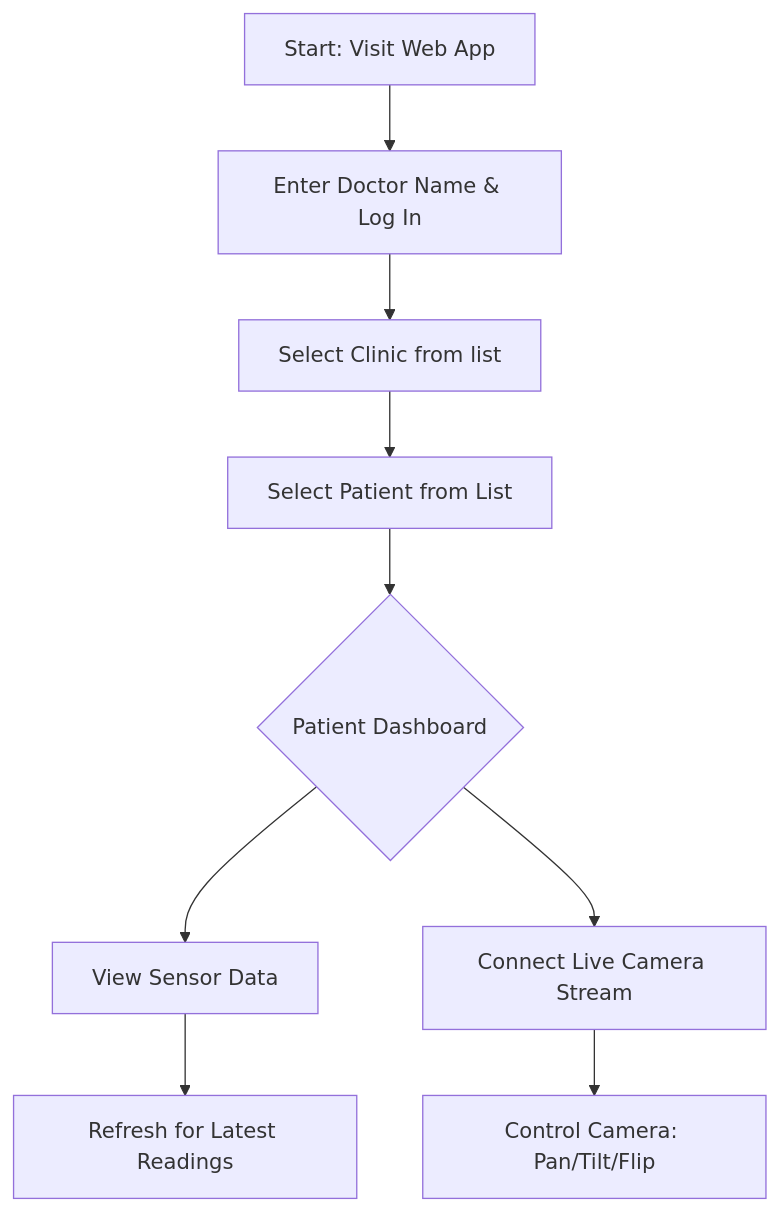
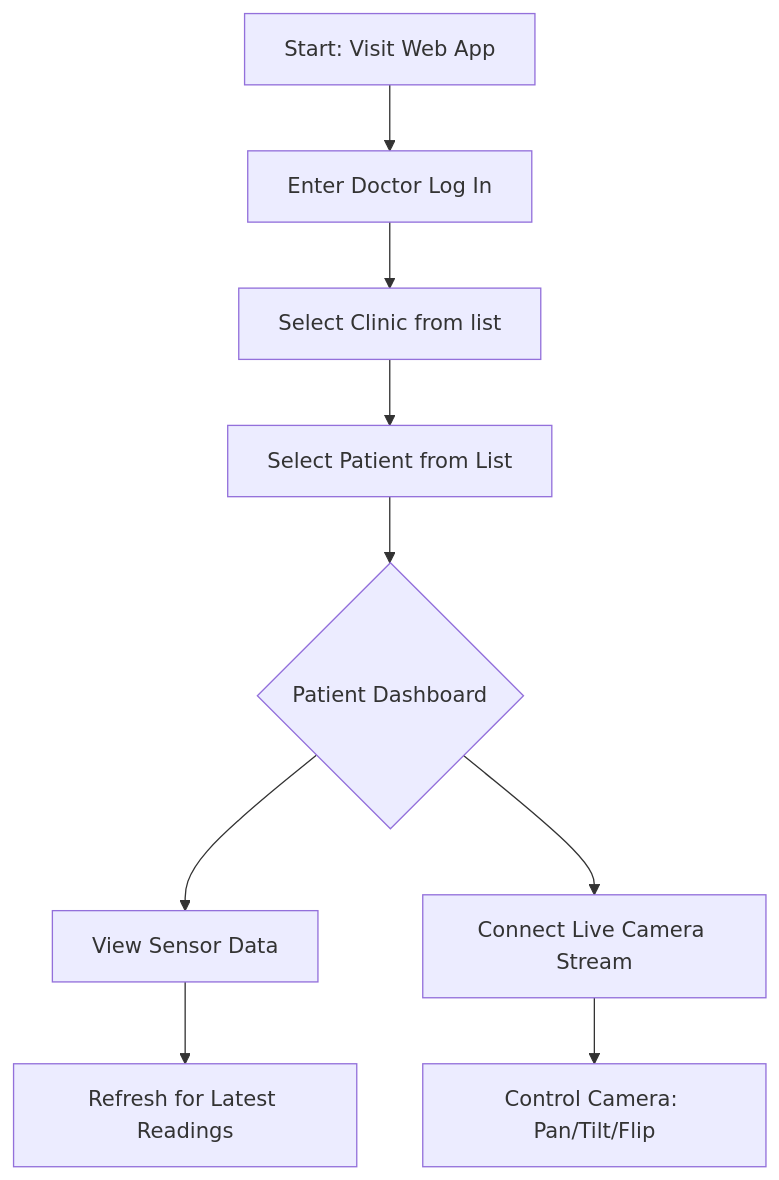
Before and after one commit to Ahmad-Selim59/medicart: the first of 2 diagrams in user_flow.md, drawn with Mermaid. The commit also changed other lines of this file, not shown here.

````diff
--- a/user_flow.md
+++ b/user_flow.md
@@ -10,11 +10,11 @@
 ```mermaid
 graph TD
-    A[Start: Visit Web App] --> B[Enter Doctor Name & Log In]
+    A[Start: Visit Web App] --> B[Enter Doctor Log In]
     B --> C[Select Clinic from list]
     C --> D[Select Patient from List]
     D --> E{Patient Dashboard}
     E --> F[View Sensor Data]
     E --> G[Connect Live Camera Stream]
     G --> H[Control Camera: Pan/Tilt/Flip]
     F --> I[Refresh for Latest Readings]
 ```
````
